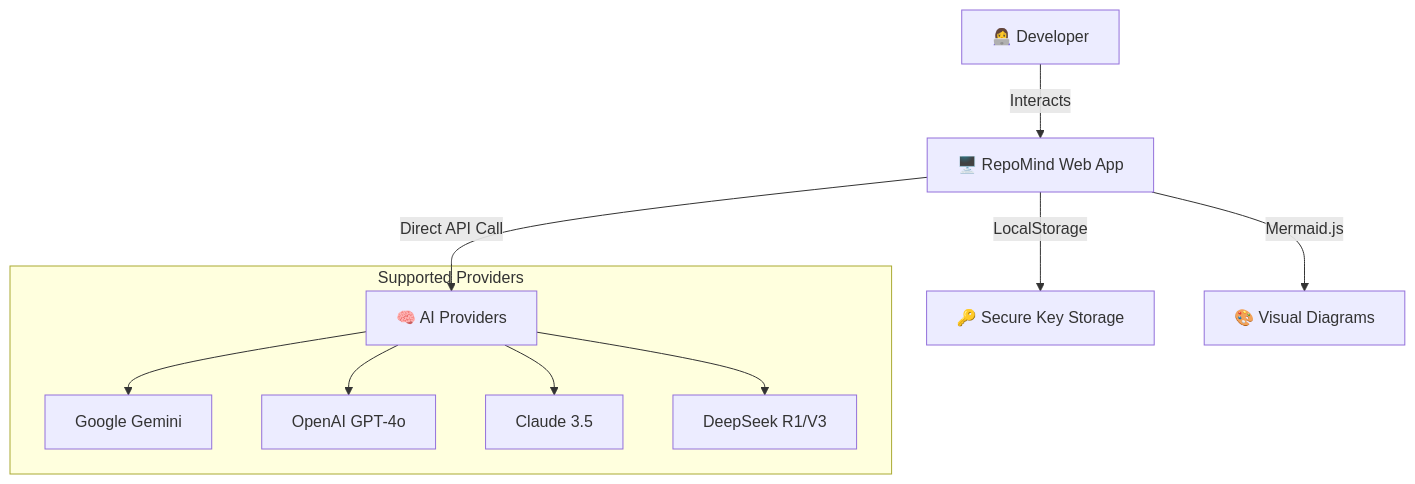
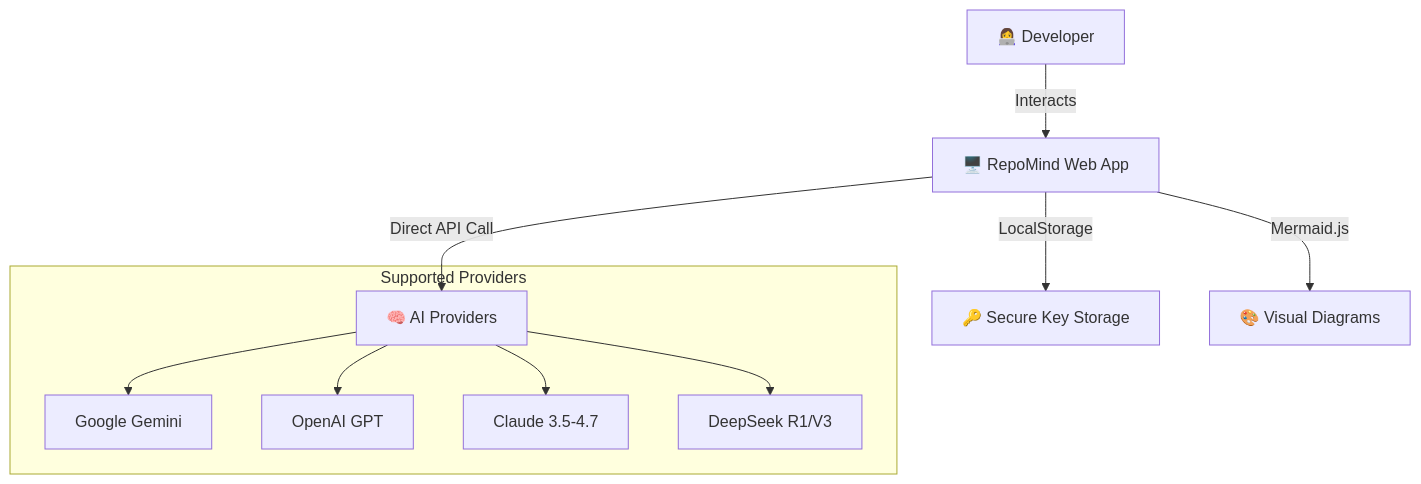
Before and after one commit to majdjadalhaq/RepoMind: the diagram in README.md, drawn with Mermaid.

Commit message:
Update AI provider names in README

````diff
--- a/README.md
+++ b/README.md
@@ -38,15 +38,15 @@
 ```mermaid
 graph TD
     User[👩‍💻 Developer] -->|Interacts| UI[🖥️ RepoMind Web App]
     UI -->|Direct API Call| Providers[🧠 AI Providers]
     
     subgraph "Supported Providers"
         Providers --> Google[Google Gemini]
-        Providers --> OpenAI[OpenAI GPT-4o]
-        Providers --> Anthropic[Claude 3.5]
+        Providers --> OpenAI[OpenAI GPT]
+        Providers --> Anthropic[Claude 3.5-4.7]
         Providers --> DeepSeek[DeepSeek R1/V3]
     end
     
     UI -->|LocalStorage| Keys[🔑 Secure Key Storage]
     UI -->|Mermaid.js| Charts[🎨 Visual Diagrams]
 ```
````
